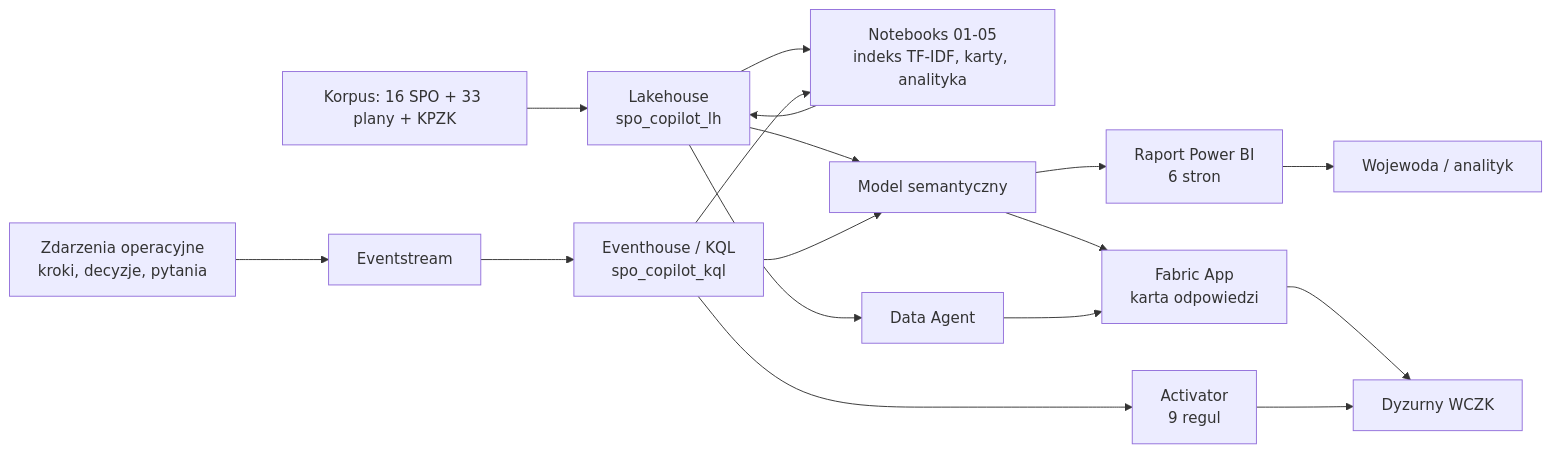
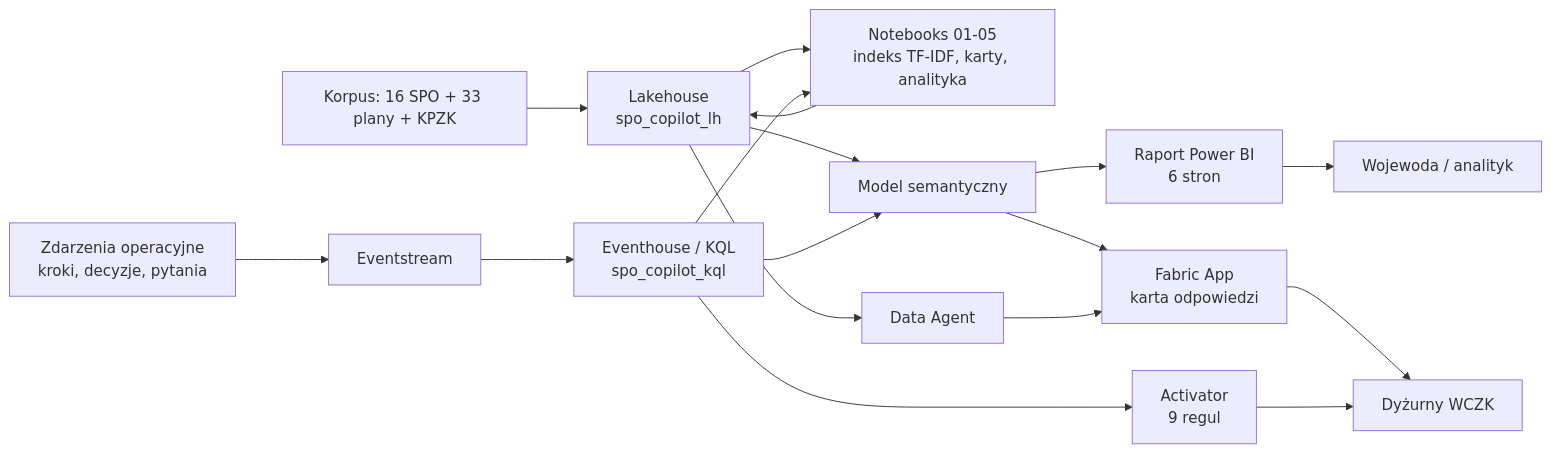
One commit to llyen/ol-spo-copilot changed the diagram in README.md. Above: the diagram before and after it, drawn with Mermaid. The commit also changed other lines of this file and 51 other files, not shown here.

````diff
--- a/README.md
+++ b/README.md
@@ -72,19 +72,19 @@
 ```mermaid
 flowchart LR
     A["Korpus: 16 SPO + 33 plany + KPZK"] --> B["Lakehouse<br/>spo_copilot_lh"]
     S["Zdarzenia operacyjne<br/>kroki, decyzje, pytania"] --> E["Eventstream"]
     E --> K["Eventhouse / KQL<br/>spo_copilot_kql"]
     B --> N["Notebooks 01-05<br/>indeks TF-IDF, karty, analityka"]
     K --> N
     N --> B
     B --> M["Model semantyczny"]
     K --> M
     M --> R["Raport Power BI<br/>6 stron"]
     K --> AC["Activator<br/>9 regul"]
     B --> DA["Data Agent"]
     M --> AP["Fabric App<br/>karta odpowiedzi"]
     DA --> AP
-    AP --> U1["Dyzurny WCZK"]
+    AP --> U1["Dyżurny WCZK"]
     R --> U2["Wojewoda / analityk"]
     AC --> U1
 ```
````
